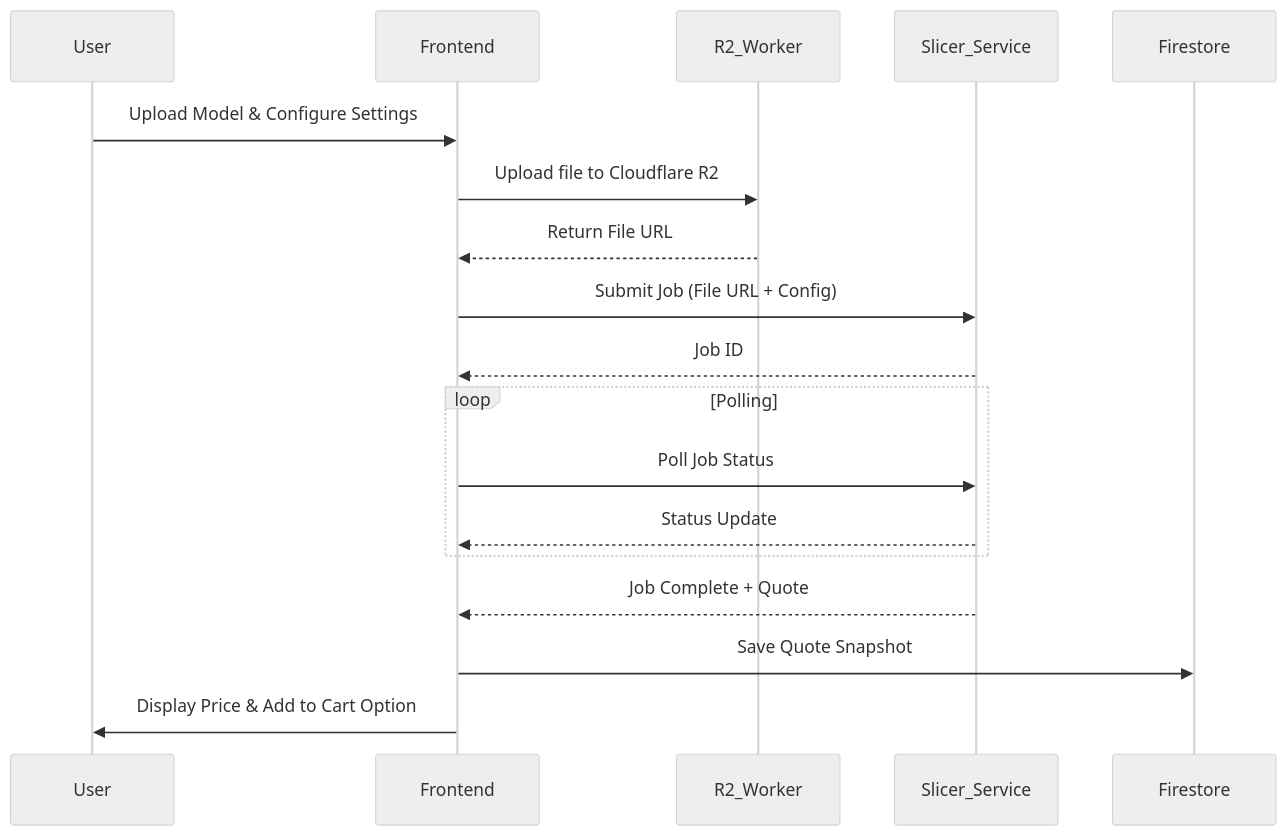
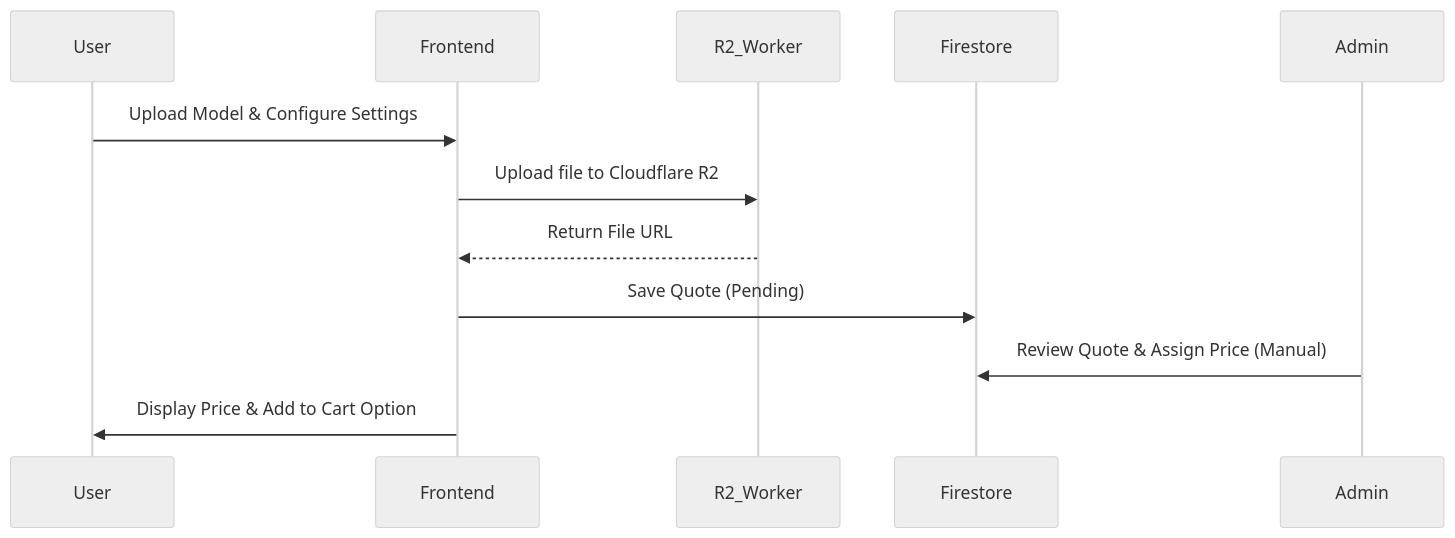
The first of 2 diagrams in docs/DATA_FLOW.md (RatanabhSharma/Shilpsahayak), drawn with Mermaid (neutral theme) before and after one commit. The commit also changed other lines of this file and 167 other files, not shown here.

````diff
--- a/docs/DATA_FLOW.md
+++ b/docs/DATA_FLOW.md
@@ -5,23 +5,15 @@
 ```mermaid
 sequenceDiagram
     participant User
     participant Frontend
     participant R2_Worker
-    participant Slicer_Service
+    %% participant Slicer_Service (Archived)
     participant Firestore
     
     User->>Frontend: Upload Model & Configure Settings
     Frontend->>R2_Worker: Upload file to Cloudflare R2
     R2_Worker-->>Frontend: Return File URL
-    Frontend->>Slicer_Service: Submit Job (File URL + Config)
-    Slicer_Service-->>Frontend: Job ID
-    
-    loop Polling
-        Frontend->>Slicer_Service: Poll Job Status
-        Slicer_Service-->>Frontend: Status Update
-    end
-    
-    Slicer_Service-->>Frontend: Job Complete + Quote
-    Frontend->>Firestore: Save Quote Snapshot
+    Frontend->>Firestore: Save Quote (Pending)
+    Admin->>Firestore: Review Quote & Assign Price (Manual)
     Frontend->>User: Display Price & Add to Cart Option
 ```
````
